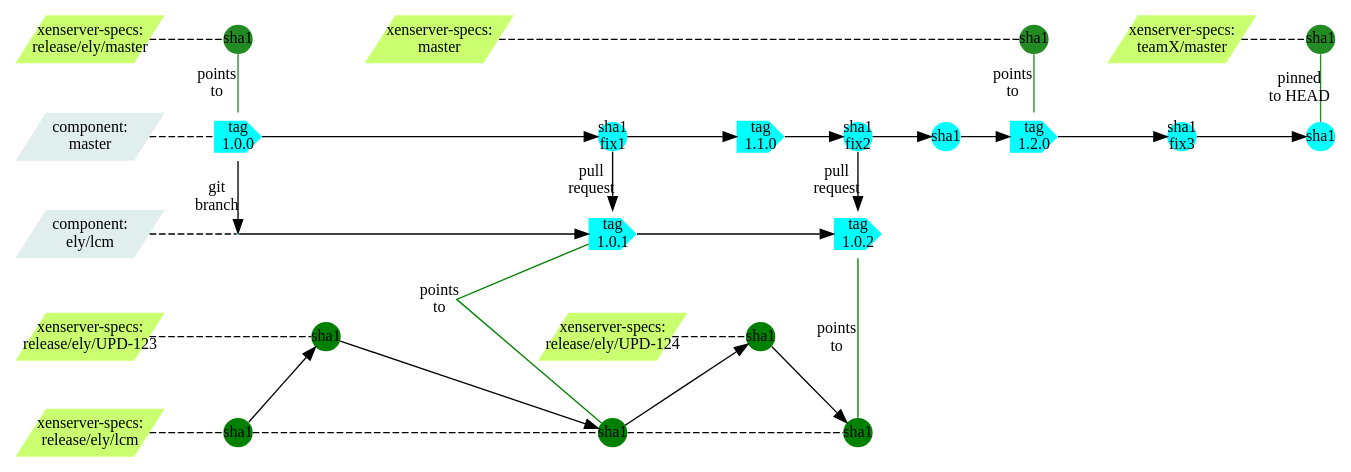
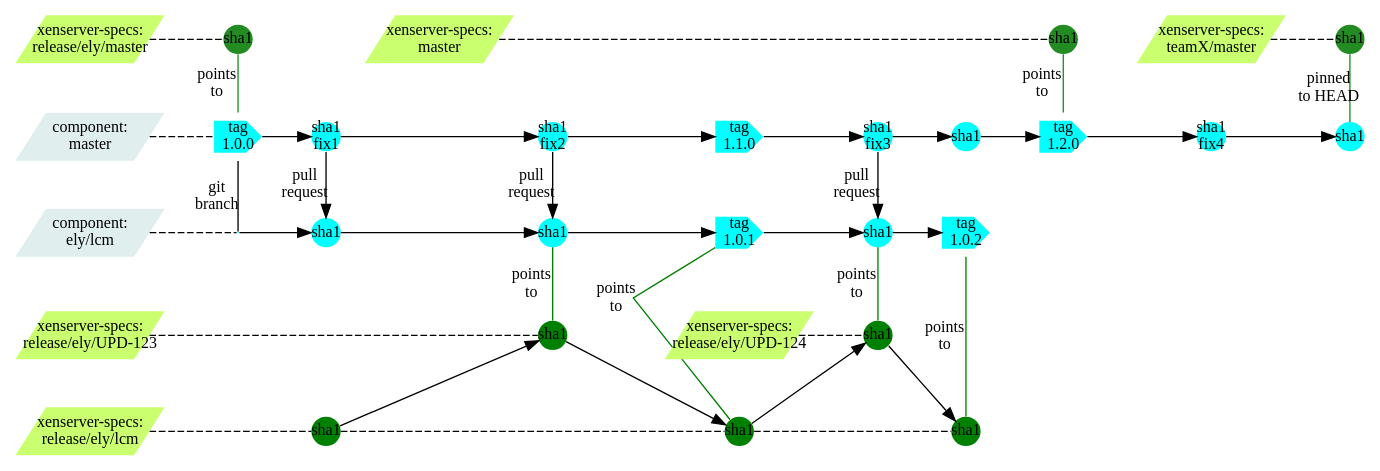
Before and after one commit to philippegabriel/XFormerBranchGraph: the diagram in XformerLCM1.dot, drawn with Graphviz.

Commit message:
lcm branch now tagged after UPD ships

```diff
--- a/XformerLCM1.dot
+++ b/XformerLCM1.dot
@@ -1,97 +1,101 @@
 strict digraph g{
 rankdir="LR";
 //nodesep=0.5;
 //ranksep=0.25;
 splines=line;
 forcelabels=false;
 
 // general
 node [style=filled, color="black", fontcolor="black", font="Consolas", fontsize="12pt",fixedsize=false,penwidth=0];
 edge [style=filled, color="black", fontcolor="black", font="Consolas", fontsize="12pt"];
 
 // tags
 //node [shape=circle,width=0, height=0, margin="0.05"];
 node [width=0.3, height=0.3, fixedsize=true, shape=circle,penwidth=0]
 node [fillcolor=forestgreen];
 xsm1 [label="sha1"];
 xstx [label="sha1"];
 xsre [label="sha1"];
 node [fillcolor="cyan"];
 cma1 [shape=cds,width=0.5, height=0.5,label="tag\n1.0.0"];
 //node [width=0.3, height=0.3, fixedsize=true, shape=circle,penwidth=0]
 cma2 [label="sha1\nfix1"];
-cma3 [shape=cds,width=0.5, height=0.5,label="tag\n1.1.0"];
-cma4 [label="sha1\nfix2"];
-cma5 [label="sha1"];
-cma6 [shape=cds,width=0.5, height=0.5,label="tag\n1.2.0"];
-cma7 [label="sha1\nfix3"];
-cma8 [label="sha1"];
+cma3 [label="sha1\nfix2"];
+cma4 [shape=cds,width=0.5, height=0.5,label="tag\n1.1.0"];
+cma5 [label="sha1\nfix3"];
+cma6 [label="sha1"];
+cma7 [shape=cds,width=0.5, height=0.5,label="tag\n1.2.0"];
+cma8 [label="sha1\nfix4"];
+cma9 [label="sha1"];
 clcm1 [width=0, height=0,shape=none,label=""];
+clcm1a [label="sha1"];
+clcm1b [label="sha1"];
 clcm2 [shape=cds,width=0.5, height=0.5,label="tag\n1.0.1"];
+clcm2a [label="sha1"];
 clcm3 [shape=cds,width=0.5, height=0.5,label="tag\n1.0.2"];
 node [fillcolor="green"];
 node [shape=circle];
 upd0 [label="sha1"];
 upd1 [label="sha1"];
 xlcm0 [label="sha1"];
 xlcm1 [label="sha1"];
 xlcm2 [label="sha1"];
 // branch names
 node [width=1.5, height=0.5,shape=parallelogram,penwidth=0]
 //node [color="#b0b0b0", style=dashed, arrowhead=none,fixedsize=false, penwidth=0, fillcolor=none, shape=none, width=0, height=0, margin="0.05"];
 XenserverSpecsTeamX[label="xenserver-specs:\nteamX/master",fillcolor="darkolivegreen1"];
 XenserverSpecsRelEly[label="xenserver-specs:\nrelease/ely/master",fillcolor="darkolivegreen1"];
 XenserverSpecsMaster[label="xenserver-specs:\nmaster",fillcolor="darkolivegreen1"];
 ComponentMaster[label="component:\nmaster",fillcolor="azure2"];
 ComponentLCM[label="component:\nely/lcm",fillcolor="azure2"];
 XSSpecsUPD1[label="xenserver-specs:\nrelease/ely/UPD-123",fillcolor="darkolivegreen1"];
 XSSpecsUPD2[label="xenserver-specs:\nrelease/ely/UPD-124",fillcolor="darkolivegreen1"];
 XSSpecsLCM[label="xenserver-specs:\nrelease/ely/lcm",fillcolor="darkolivegreen1"];
 
 //graph
 subgraph{
 node [color="#b0b0b0", style=dashed, arrowhead=none];
 edge [style="invis"];
 rank=same;
 XenserverSpecsRelEly -> ComponentMaster -> ComponentLCM -> XSSpecsUPD1  -> XSSpecsLCM;
 }
 //edge [color="#b0b0b0", style=dashed, arrowhead=none ];
 edge [style=dashed, arrowhead=none ,weight=100];
 XenserverSpecsRelEly -> xsre;
 xsre -> XenserverSpecsMaster [style="invis"];
 XenserverSpecsMaster -> xsm1;
 xsm1 -> XenserverSpecsTeamX [style="invis"];
 XenserverSpecsTeamX -> xstx;
 ComponentMaster -> cma1;
 ComponentLCM -> clcm1;
 XSSpecsUPD1 -> upd0;
 upd0 -> XSSpecsUPD2 [style="invis"];
 XSSpecsUPD2 -> upd1;
 XSSpecsLCM -> xlcm0 -> xlcm1 -> xlcm2;
 edge [style=filled, arrowhead=normal];
-cma1 -> cma2 -> cma3 -> cma4 -> cma5 -> cma6 -> cma7 -> cma8;
-clcm1 -> clcm2 -> clcm3;
+cma1 -> cma2 -> cma3 -> cma4 -> cma5 -> cma6 -> cma7 -> cma8 -> cma9;
+clcm1 -> clcm1a -> clcm1b -> clcm2 -> clcm2a -> clcm3;
 //Xenserver specs - master, release pointers
 edge [style=filled, arrowhead=none , weight=1;label="points\nto",color=forestgreen];
 subgraph{rank=same;xsre -> cma1;}
-subgraph{rank=same;xsm1 -> cma6;}
-subgraph{rank=same;xstx -> cma8 [label="pinned\nto HEAD"];}
+subgraph{rank=same;xsm1 -> cma7;}
+subgraph{rank=same;xstx -> cma9 [label="pinned\nto HEAD"];}
 
 //Pull requests
 edge [style=filled, arrowhead=normal,color=black];
 edge [label="git\nbranch"];
-subgraph{rank=same;cma1 -> clcm1;}
+subgraph{rank=same;cma1 -> clcm1 [arrowhead=none];}
 edge [label="pull\nrequest"];
-subgraph{rank=same;cma2 -> clcm2;}
-subgraph{rank=same;cma4 -> clcm3;}
+subgraph{rank=same;cma2 -> clcm1a;}
+subgraph{rank=same;cma3 -> clcm1b;}
+subgraph{rank=same;cma5 -> clcm2a;}
 edge [label=""];
 xlcm0 -> upd0;
 upd0 -> xlcm1;
+subgraph{rank=same;clcm1b -> upd0 [arrowhead=none ,label="points\nto",color=green];}
 subgraph{rank=same;clcm2 -> xlcm1 [arrowhead=none ,label="points\nto",color=green];}
-//subgraph{rank=same;
-//clcm2 -> updInvis [arrowhead=none ,label="points\nto",color=green];
-//updInvis -> xlcm1 [arrowhead=none ,label="points\nto",color=green];}
 xlcm1 -> upd1;
 upd1 -> xlcm2;
+subgraph{rank=same;clcm2a -> upd1 [arrowhead=none ,label="points\nto",color=green];}
 subgraph{rank=same;clcm3 -> xlcm2 [arrowhead=none ,label="points\nto",color=green];}
 }
```
